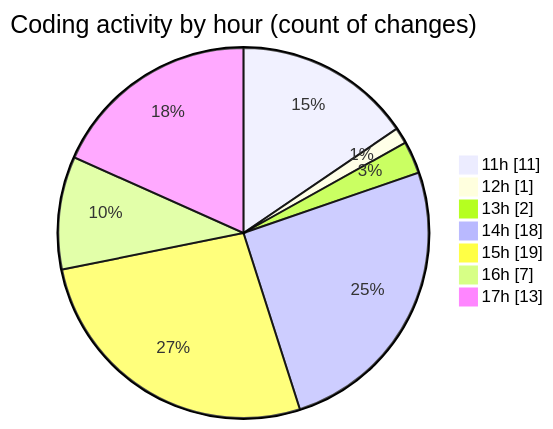
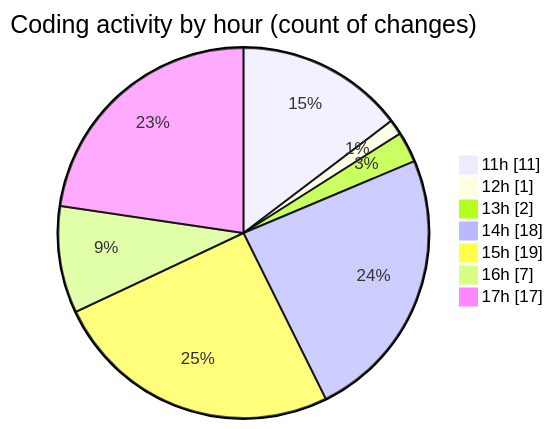
Before and after one commit to momahboobian/code-tracking: the second of 2 diagrams in 2026-08-24/cda/README.md, drawn with Mermaid. The commit also changed other lines of this file and 1 other file, not shown here.

````diff
--- a/2026-08-24/cda/README.md
+++ b/2026-08-24/cda/README.md
@@ -53,11 +53,11 @@
 ```mermaid
 pie showData
 title Coding activity by hour (count of changes)
 "11h" : 11
 "12h" : 1
 "13h" : 2
 "14h" : 18
 "15h" : 19
 "16h" : 7
-"17h" : 13
+"17h" : 17
 ```
````
